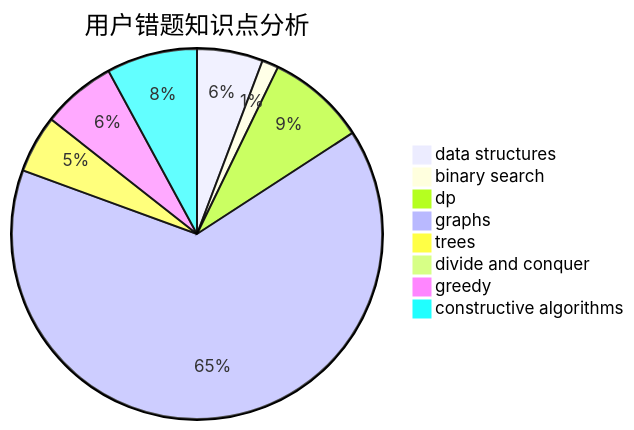
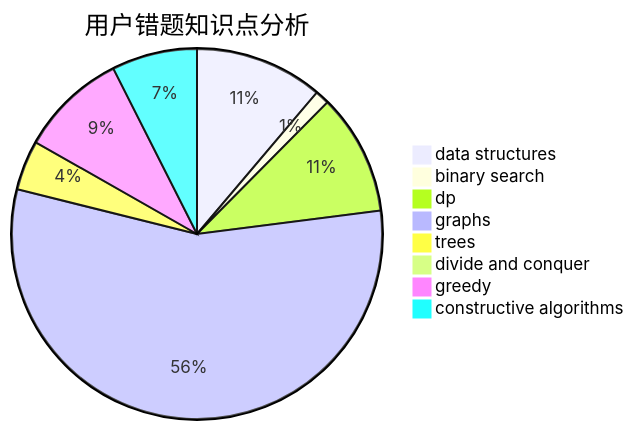
The third of 3 diagrams in docs/user/u35.md (sherpahu/cfrs.github.io), drawn with Mermaid before and after one commit. The commit also changed other lines of this file and 2770 other files, not shown here.

````diff
--- a/docs/user/u35.md
+++ b/docs/user/u35.md
@@ -36,11 +36,11 @@
 ```mermaid
 pie title 用户错题知识点分析
-    "data structures" :  8
+    "data structures" :  18
     "binary search" :  2
-    "dp" :  12
+    "dp" :  17
     "graphs" :  90
     "trees" :  7
     "divide and conquer" :  0
-    "greedy" :  9
-    "constructive algorithms" :  11
+    "greedy" :  15
+    "constructive algorithms" :  12
 ```
````
